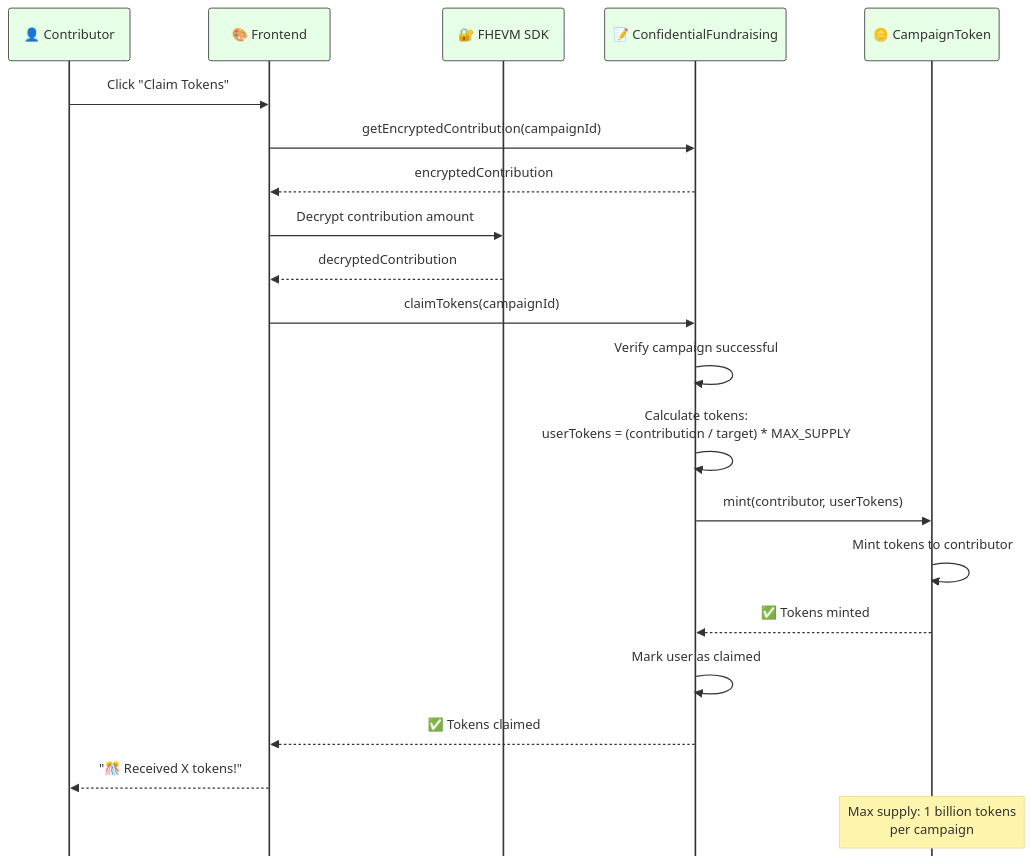
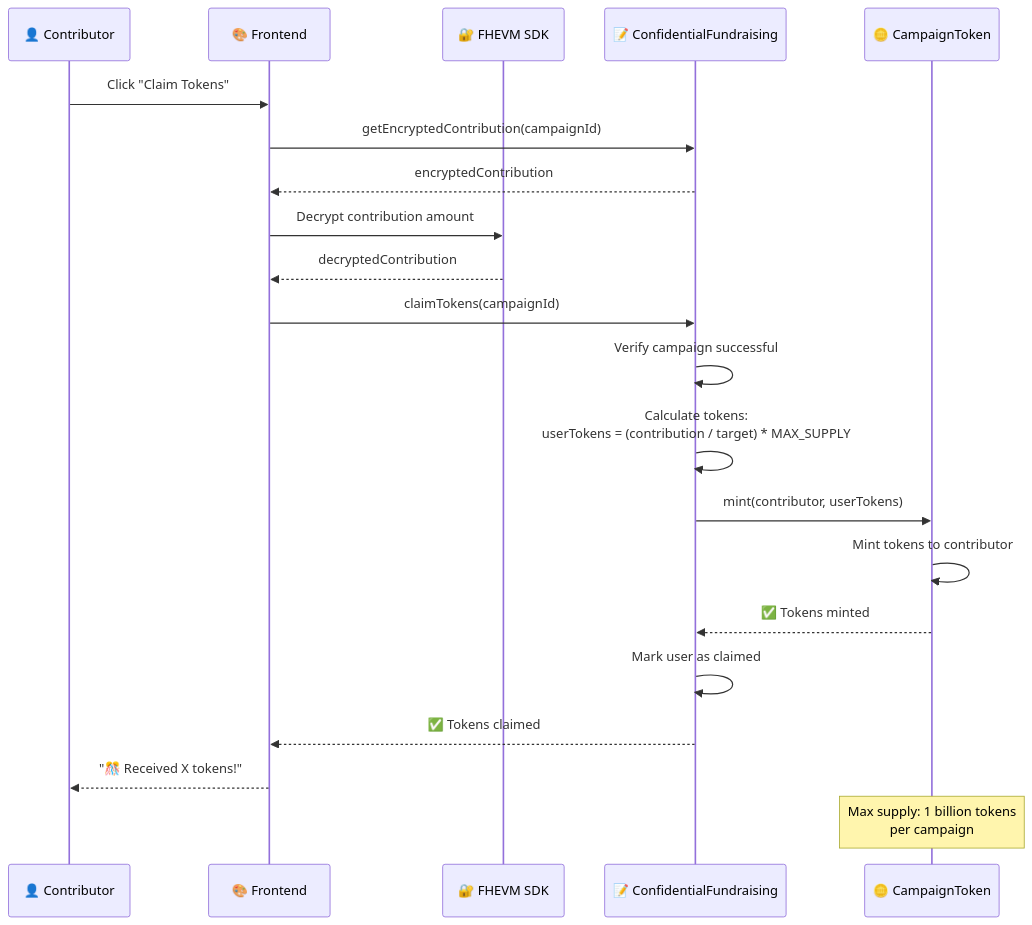
One commit to cris-the-dev/confidental-fundraising changed the sixth of 8 diagrams in README.md. Above: the diagram before and after it, drawn with Mermaid. The commit also changed other lines of this file, not shown here.

Commit message:
chore(): update mermaid diagrams style

````diff
--- a/README.md
+++ b/README.md
@@ -251,29 +241,27 @@
 ```mermaid
-%%{init: {'theme':'base', 'themeVariables': {'primaryColor':'#e6ffe6','primaryTextColor':'#333','primaryBorderColor':'#333','lineColor':'#666','fontFamily':'Comic Sans MS, cursive, sans-serif'},'sequence':{'mirrorActors':false}}}%%
-
 sequenceDiagram
     participant U as 👤 Contributor
     participant F as 🎨 Frontend
     participant SDK as 🔐 FHEVM SDK
     participant CF as 📝 ConfidentialFundraising
     participant CT as 🪙 CampaignToken
 
     U->>F: Click "Claim Tokens"
 
     F->>CF: getEncryptedContribution(campaignId)
     CF-->>F: encryptedContribution
     F->>SDK: Decrypt contribution amount
     SDK-->>F: decryptedContribution
 
     F->>CF: claimTokens(campaignId)
     CF->>CF: Verify campaign successful
     CF->>CF: Calculate tokens:<br/>userTokens = (contribution / target) * MAX_SUPPLY
     CF->>CT: mint(contributor, userTokens)
     CT->>CT: Mint tokens to contributor
     CT-->>CF: ✅ Tokens minted
     CF->>CF: Mark user as claimed
     CF-->>F: ✅ Tokens claimed
     F-->>U: "🎊 Received X tokens!"
 
     Note over CT: Max supply: 1 billion tokens<br/>per campaign
 ```
````
